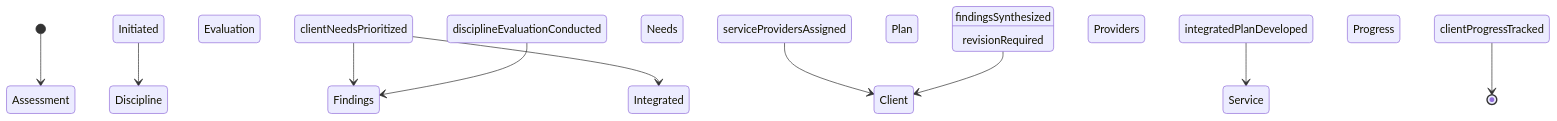
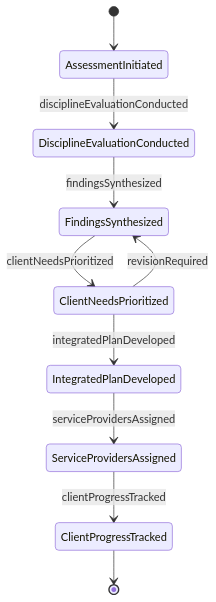
The second of 4 diagrams in CommunicatingWithSupervisorsPeersOrSubordinates/ConferWithHealthcareOrOtherProfessionalsAboutPatientCare/CollaborateProfessionalsAssessClientNeeds.mdx (dot-org-ai/tasks.org.ai), drawn with Mermaid before and after one commit. The commit also changed other lines of this file and 515 other files, not shown here.

````diff
--- a/CommunicatingWithSupervisorsPeersOrSubordinates/ConferWithHealthcareOrOtherProfessionalsAboutPatientCare/CollaborateProfessionalsAssessClientNeeds.mdx
+++ b/CommunicatingWithSupervisorsPeersOrSubordinates/ConferWithHealthcareOrOtherProfessionalsAboutPatientCare/CollaborateProfessionalsAssessClientNeeds.mdx
@@ -100,12 +100,12 @@
 ```mermaid
 stateDiagram-v2
-    [*] --> Assessment Initiated
-    Assessment Initiated --> Discipline Evaluation Conducted : disciplineEvaluationConducted
-    Discipline Evaluation Conducted --> Findings Synthesized : findingsSynthesized
-    Findings Synthesized --> Client Needs Prioritized : clientNeedsPrioritized
-    Client Needs Prioritized --> Integrated Plan Developed : integratedPlanDeveloped
-    Integrated Plan Developed --> Service Providers Assigned : serviceProvidersAssigned
-    Service Providers Assigned --> Client Progress Tracked : clientProgressTracked
-    Client Needs Prioritized --> Findings Synthesized : revisionRequired
-    Client Progress Tracked --> [*]
+    [*] --> AssessmentInitiated
+    AssessmentInitiated --> DisciplineEvaluationConducted : disciplineEvaluationConducted
+    DisciplineEvaluationConducted --> FindingsSynthesized : findingsSynthesized
+    FindingsSynthesized --> ClientNeedsPrioritized : clientNeedsPrioritized
+    ClientNeedsPrioritized --> IntegratedPlanDeveloped : integratedPlanDeveloped
+    IntegratedPlanDeveloped --> ServiceProvidersAssigned : serviceProvidersAssigned
+    ServiceProvidersAssigned --> ClientProgressTracked : clientProgressTracked
+    ClientNeedsPrioritized --> FindingsSynthesized : revisionRequired
+    ClientProgressTracked --> [*]
 ```
````
